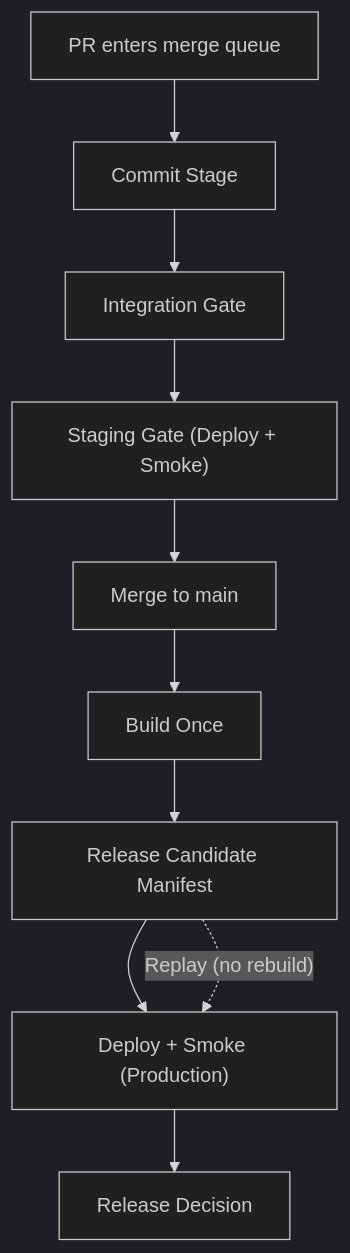
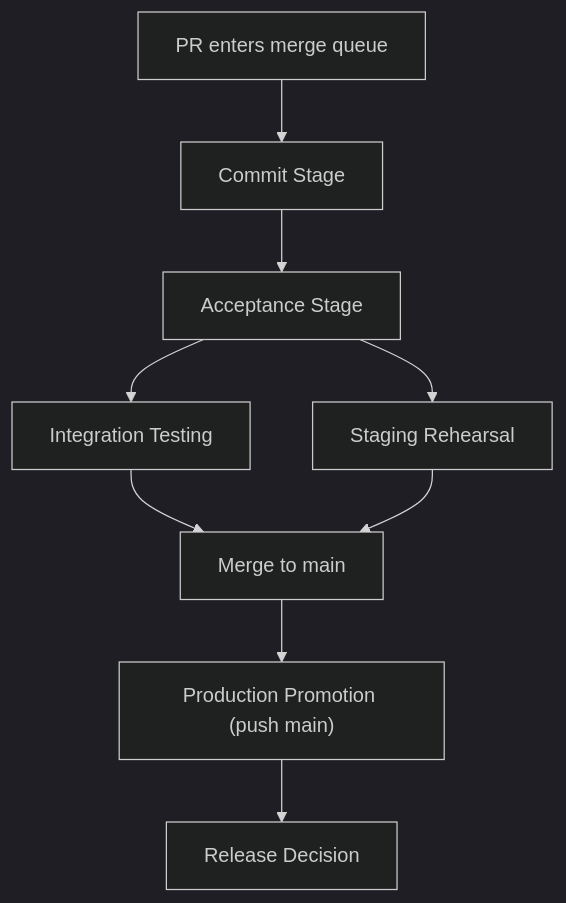
One commit to glcsolutions-ca/compass changed the diagram in docs/development-pipeline.md. Above: the diagram before and after it, drawn with Mermaid (dark theme). The commit also changed other lines of this file and 21 other files, not shown here.

Commit message:
feat(ci): stabilize farley acceptance-stage promotion flow

````diff
--- a/docs/development-pipeline.md
+++ b/docs/development-pipeline.md
@@ -16,12 +15,11 @@
 ```mermaid
 flowchart TD
     A["PR enters merge queue"] --> B["Commit Stage"]
-    B --> C["Integration Gate"]
-    C --> D["Staging Gate (Deploy + Smoke)"]
-    D --> E["Merge to main"]
-    E --> F["Build Once"]
-    F --> G["Release Candidate Manifest"]
-    G --> H["Deploy + Smoke (Production)"]
-    H --> I["Release Decision"]
-    G -. "Replay (no rebuild)" .-> H
+    B --> C["Acceptance Stage"]
+    C --> D1["Integration Testing"]
+    C --> D2["Staging Rehearsal"]
+    D1 --> E["Merge to main"]
+    D2 --> E
+    E --> F["Production Promotion (push main)"]
+    F --> G["Release Decision"]
 ```
````
